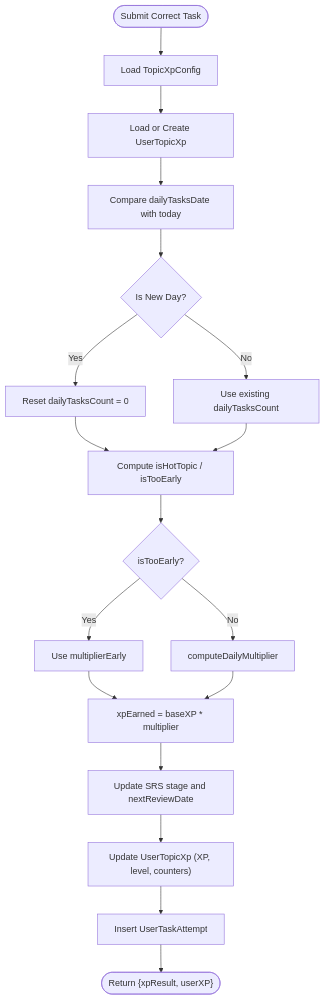
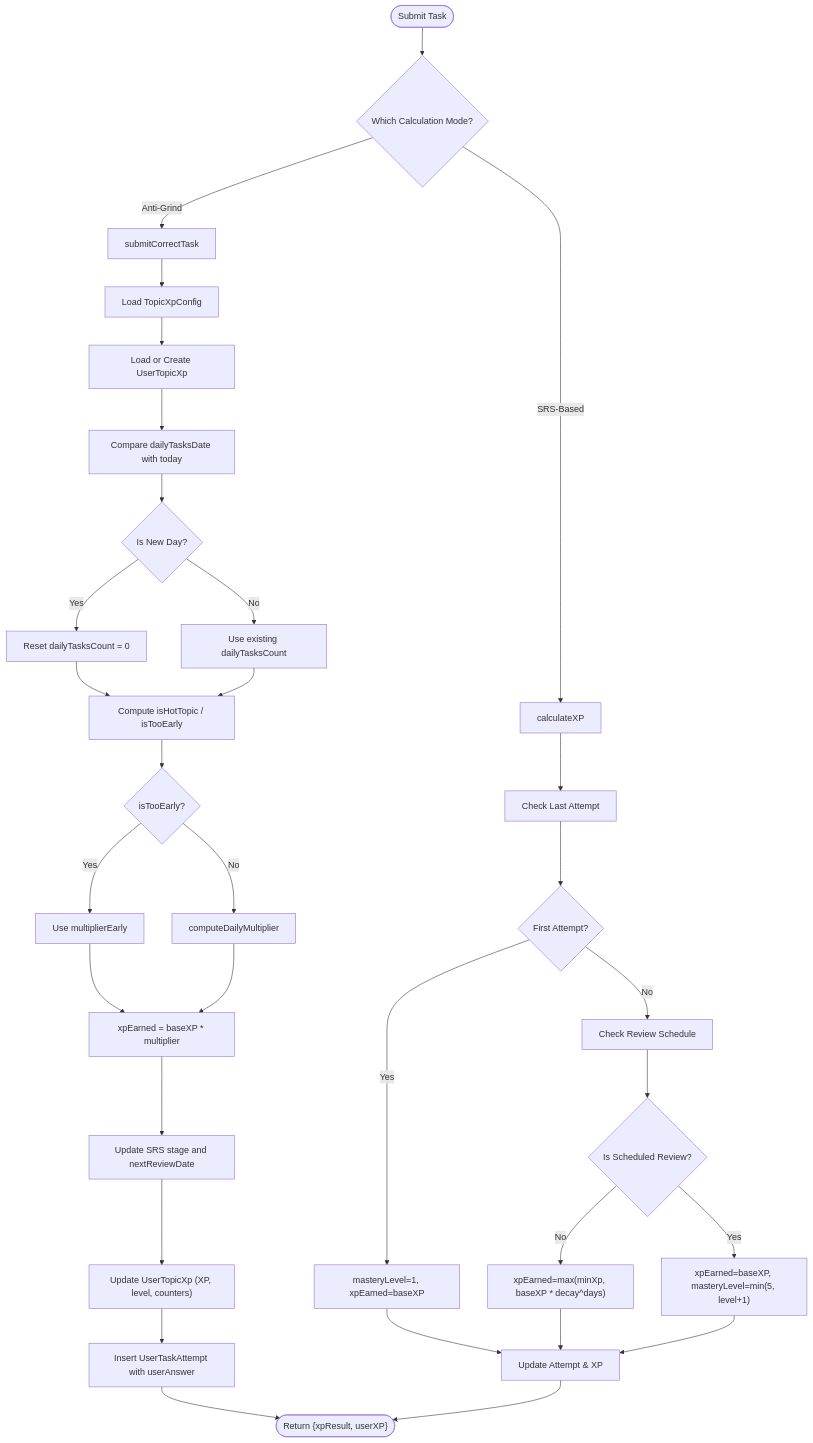
The third of 5 diagrams in .qoder/repowiki/en/content/Core Features/Gamification System/Gamification System.md (AlexKutz/math-app-next-js), drawn with Mermaid before and after one commit. The commit also changed other lines of this file and 125 other files, not shown here.

````diff
--- a/.qoder/repowiki/en/content/Core Features/Gamification System/Gamification System.md
+++ b/.qoder/repowiki/en/content/Core Features/Gamification System/Gamification System.md
@@ -146,20 +170,34 @@
 ```mermaid
 flowchart TD
-Start(["Submit Correct Task"]) --> LoadConfig["Load TopicXpConfig"]
+Start(["Submit Task"]) --> CheckMode{"Which Calculation Mode?"}
+CheckMode --> |Anti-Grind| AntiGrind["submitCorrectTask"]
+CheckMode --> |SRS-Based| SRSCalc["calculateXP"]
+AntiGrind --> LoadConfig["Load TopicXpConfig"]
 LoadConfig --> LoadOrCreateXP["Load or Create UserTopicXp"]
 LoadOrCreateXP --> TodayCheck["Compare dailyTasksDate with today"]
 TodayCheck --> IsNewDay{"Is New Day?"}
 IsNewDay --> |Yes| ResetCounter["Reset dailyTasksCount = 0"]
 IsNewDay --> |No| UseExisting["Use existing dailyTasksCount"]
 ResetCounter --> ComputeStatus["Compute isHotTopic / isTooEarly"]
 UseExisting --> ComputeStatus
 ComputeStatus --> EarlyCheck{"isTooEarly?"}
 EarlyCheck --> |Yes| UseEarlyMult["Use multiplierEarly"]
 EarlyCheck --> |No| DailyMult["computeDailyMultiplier"]
 UseEarlyMult --> CalcXP["xpEarned = baseXP * multiplier"]
 DailyMult --> CalcXP
 CalcXP --> UpdateSRS["Update SRS stage and nextReviewDate"]
 UpdateSRS --> UpdateXP["Update UserTopicXp (XP, level, counters)"]
-UpdateXP --> SaveAttempt["Insert UserTaskAttempt"]
+UpdateXP --> SaveAttempt["Insert UserTaskAttempt with userAnswer"]
 SaveAttempt --> End(["Return {xpResult, userXP}"])
+SRSCalc --> CheckLastAttempt["Check Last Attempt"]
+CheckLastAttempt --> IsFirstAttempt{"First Attempt?"}
+IsFirstAttempt --> |Yes| FirstAttempt["masteryLevel=1, xpEarned=baseXP"]
+IsFirstAttempt --> |No| CheckReview["Check Review Schedule"]
+CheckReview --> IsScheduled{"Is Scheduled Review?"}
+IsScheduled --> |Yes| FullXP["xpEarned=baseXP, masteryLevel=min(5, level+1)"]
+IsScheduled --> |No| DecayCalc["xpEarned=max(minXp, baseXP * decay^days)"]
+FirstAttempt --> UpdateAttempt["Update Attempt & XP"]
+DecayCalc --> UpdateAttempt
+FullXP --> UpdateAttempt
+UpdateAttempt --> End
 ```
````
